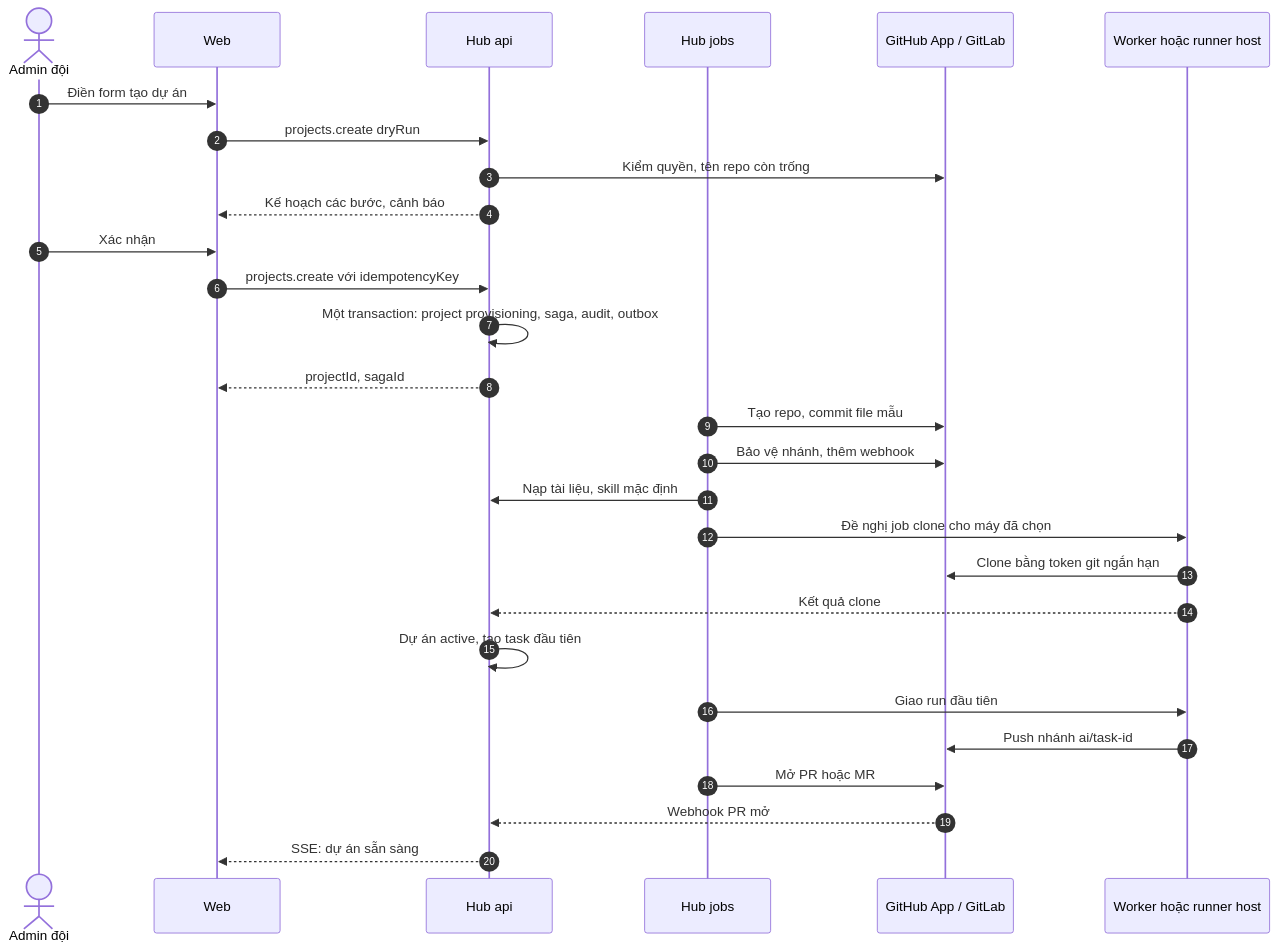
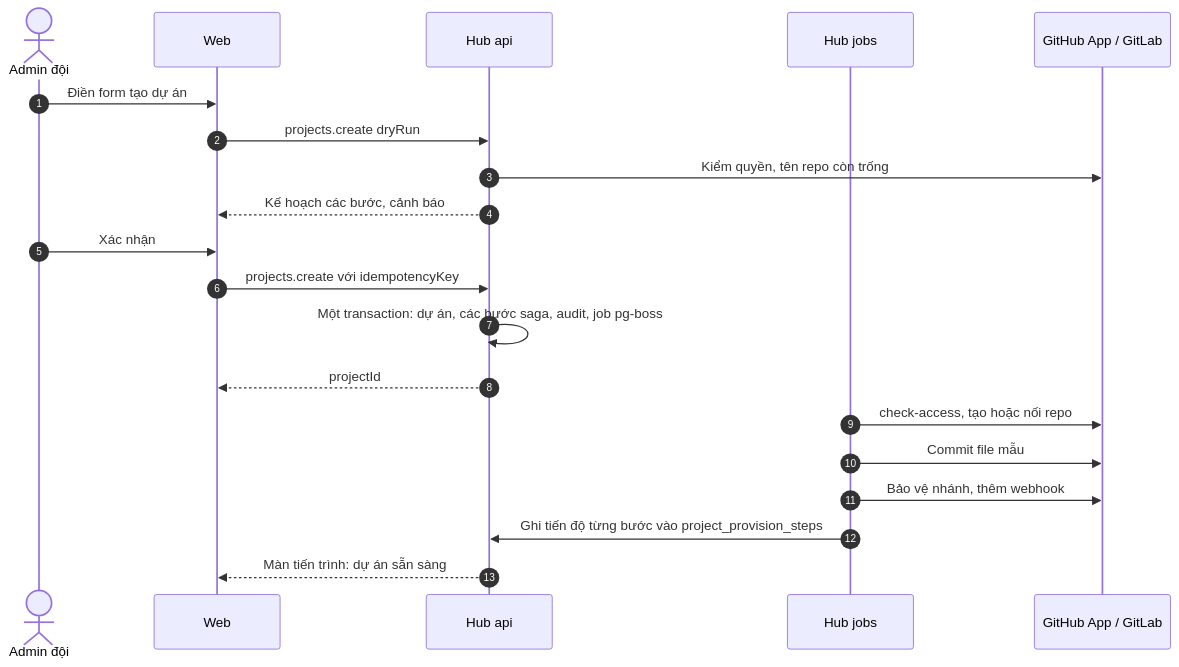
Before and after one commit to tdduydev/xdev-hive: the fourth of 4 diagrams in docs/architecture.md, drawn with Mermaid. The commit also changed other lines of this file and 8 other files, not shown here.

First line of the commit message:
docs: Architecture Design Document, mô hình triển khai, đối chiếu architecture.md với code

````diff
--- a/docs/architecture.md
+++ b/docs/architecture.md
@@ -245,31 +224,23 @@
 ```mermaid
 sequenceDiagram
   autonumber
   actor A as Admin đội
   participant W as Web
   participant API as Hub api
   participant J as Hub jobs
   participant S as GitHub App / GitLab
-  participant M as Worker hoặc runner host
 
   A->>W: Điền form tạo dự án
   W->>API: projects.create dryRun
   API->>S: Kiểm quyền, tên repo còn trống
   API-->>W: Kế hoạch các bước, cảnh báo
   A->>W: Xác nhận
   W->>API: projects.create với idempotencyKey
-  API->>API: Một transaction: project provisioning, saga, audit, outbox
-  API-->>W: projectId, sagaId
-  J->>S: Tạo repo, commit file mẫu
+  API->>API: Một transaction: dự án, các bước saga, audit, job pg-boss
+  API-->>W: projectId
+  J->>S: check-access, tạo hoặc nối repo
+  J->>S: Commit file mẫu
   J->>S: Bảo vệ nhánh, thêm webhook
-  J->>API: Nạp tài liệu, skill mặc định
-  J->>M: Đề nghị job clone cho máy đã chọn
-  M->>S: Clone bằng token git ngắn hạn
-  M-->>API: Kết quả clone
-  API->>API: Dự án active, tạo task đầu tiên
-  J->>M: Giao run đầu tiên
-  M->>S: Push nhánh ai/task-id
-  J->>S: Mở PR hoặc MR
-  S-->>API: Webhook PR mở
-  API-->>W: SSE: dự án sẵn sàng
+  J->>API: Ghi tiến độ từng bước vào project_provision_steps
+  API-->>W: Màn tiến trình: dự án sẵn sàng
 ```
````
